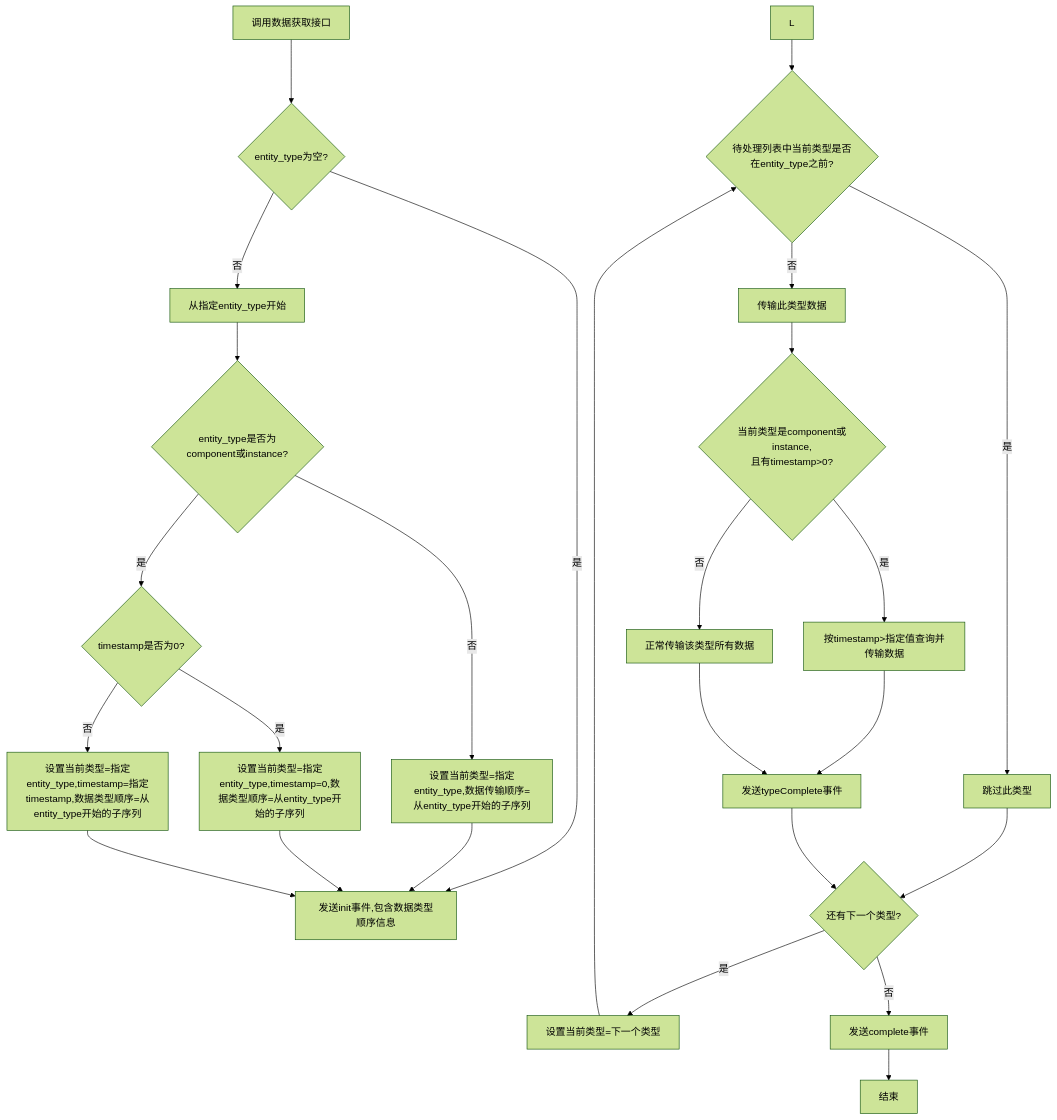
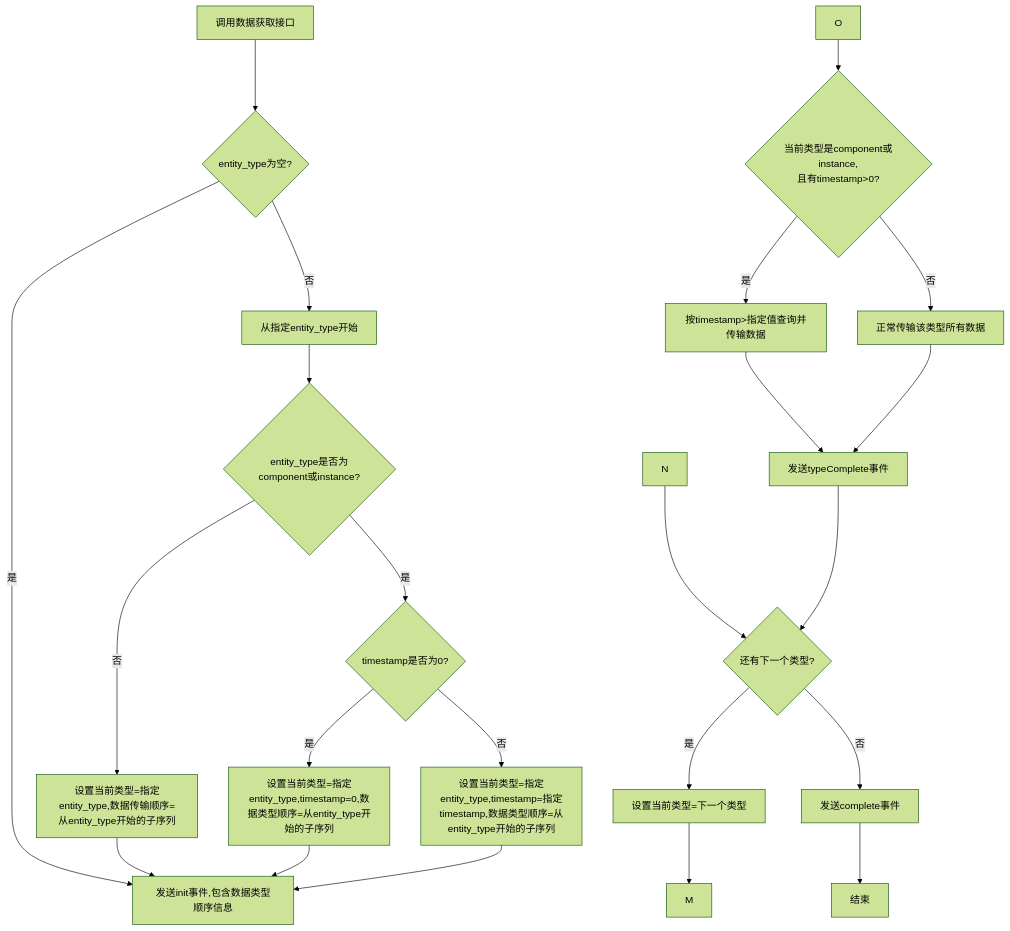
The diagram in all/未命名-59.md (yingjianzh/iodraw-files), drawn with Mermaid (forest theme) before and after one commit.

Commit message:
2025-05-14 15:42:06 update

````diff
--- a/all/未命名-59.md
+++ b/all/未命名-59.md
@@ -1,38 +1,36 @@
 ```mermaid
 flowchart TD
     A[调用数据获取接口] --> B{entity_type为空?}
 
     B -->|是| K[发送init事件,包含数据类型顺序信息]
     B -->|否| D[从指定entity_type开始]
     
     D --> F{entity_type是否为component或instance?}
     
     F -->|否| G[设置当前类型=指定entity_type,数据传输顺序=从entity_type开始的子序列]
     F -->|是| H{timestamp是否为0?}
     
     H -->|是| I[设置当前类型=指定entity_type,timestamp=0,数据类型顺序=从entity_type开始的子序列]
     H -->|否| J[设置当前类型=指定entity_type,timestamp=指定timestamp,数据类型顺序=从entity_type开始的子序列]
     
     G --> K
     I --> K
     J --> K
     
-    L --> M{待处理列表中当前类型是否在entity_type之前?}
-    M -->|是| N[跳过此类型]
-    M -->|否| O[传输此类型数据]
+   
     
     O --> P{当前类型是component或instance,\n且有timestamp>0?}
     P -->|是| Q[按timestamp>指定值查询并传输数据]
     P -->|否| R[正常传输该类型所有数据]
     
     Q --> S[发送typeComplete事件]
     R --> S
     N --> T{还有下一个类型?}
     S --> T
     
     T -->|是| U[设置当前类型=下一个类型]
     T -->|否| V[发送complete事件]
     
     U --> M
     V --> W[结束]
 ```
````
